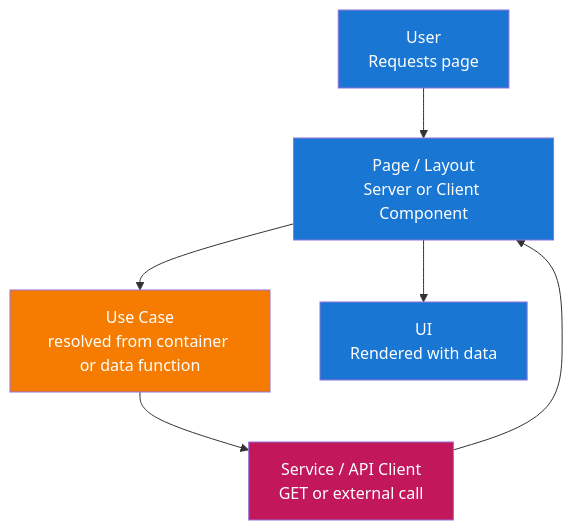
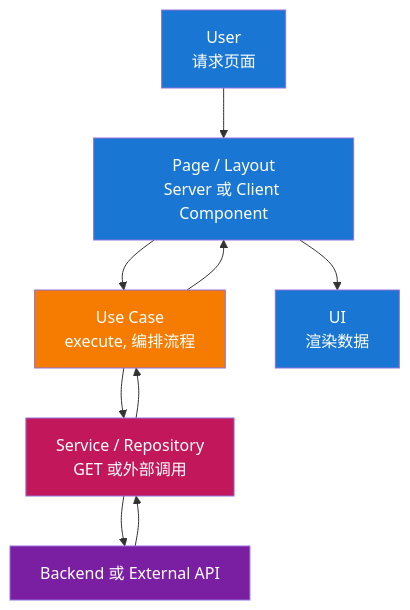
One commit to thinhtran3588/nextjs-starter-kit changed the third of 4 diagrams in docs/architecture-zh.md. Above: the diagram before and after it, drawn with Mermaid. The commit also changed other lines of this file and 208 other files, not shown here.

First line of the commit message:
refactor: reorganize modules into Clean Architecture layers (#36)

````diff
--- a/docs/architecture-zh.md
+++ b/docs/architecture-zh.md
@@ -86,14 +112,18 @@
 ```mermaid
 flowchart TD
-    User[User<br/>Requests page] --> Page[Page / Layout<br/>Server or Client Component]
-    Page --> UseCase[Use Case<br/>resolved from container or data function]
-    UseCase --> Service[Service / API Client<br/>GET or external call]
-    Service --> Page
-    Page --> UI[UI<br/>Rendered with data]
+    User[User<br/>请求页面] --> Page[Page / Layout<br/>Server 或 Client Component]
+    Page --> UseCase[Use Case<br/>execute, 编排流程]
+    UseCase --> Service[Service / Repository<br/>GET 或外部调用]
+    Service --> Backend[Backend 或 External API]
+    Backend --> Service
+    Service --> UseCase
+    UseCase --> Page
+    Page --> UI[UI<br/>渲染数据]
 
     style User fill:#1976d2,color:#fff
     style Page fill:#1976d2,color:#fff
     style UseCase fill:#f57c00,color:#fff
     style Service fill:#c2185b,color:#fff
+    style Backend fill:#7b1fa2,color:#fff
     style UI fill:#1976d2,color:#fff
 ```
````
